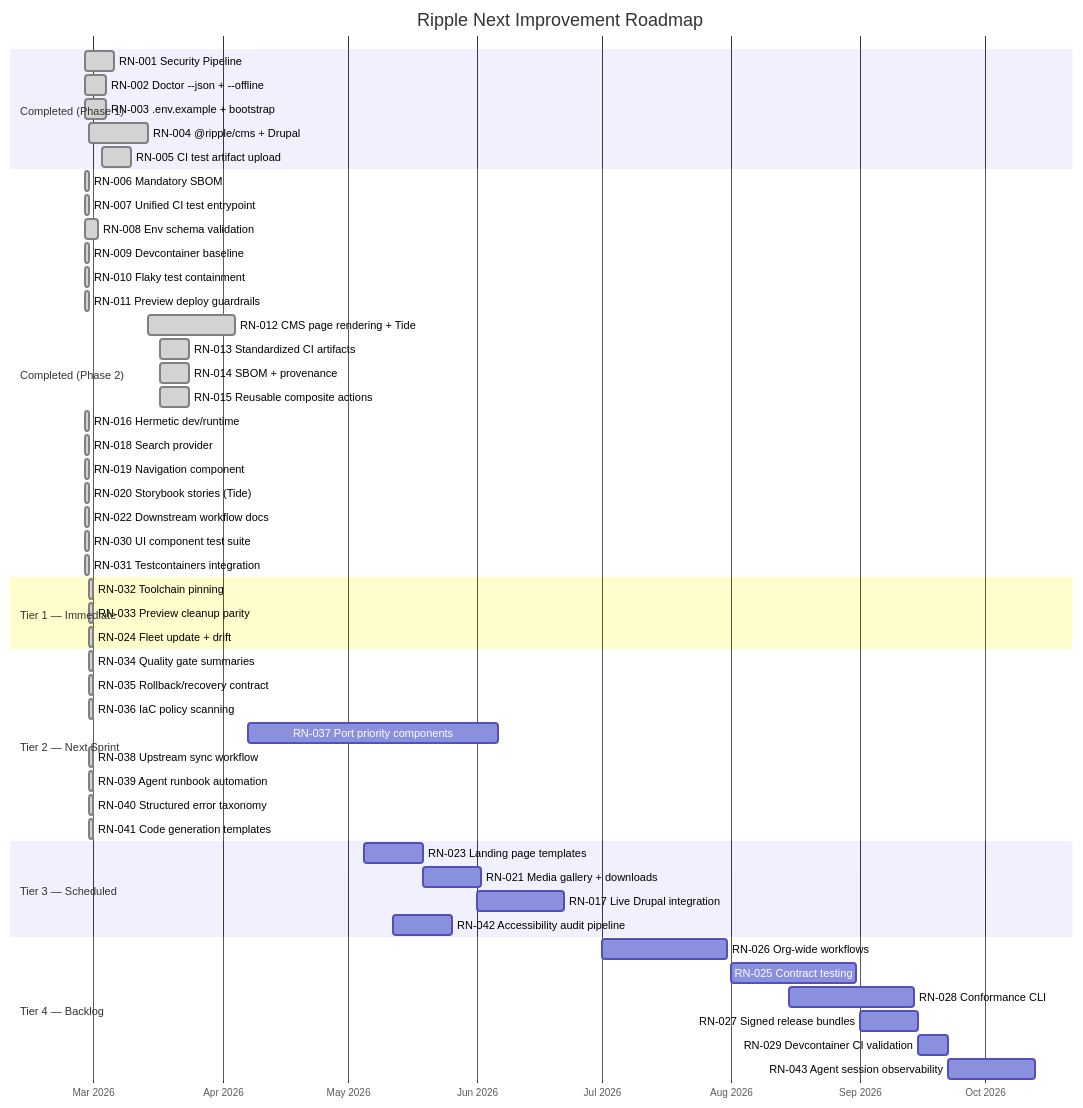
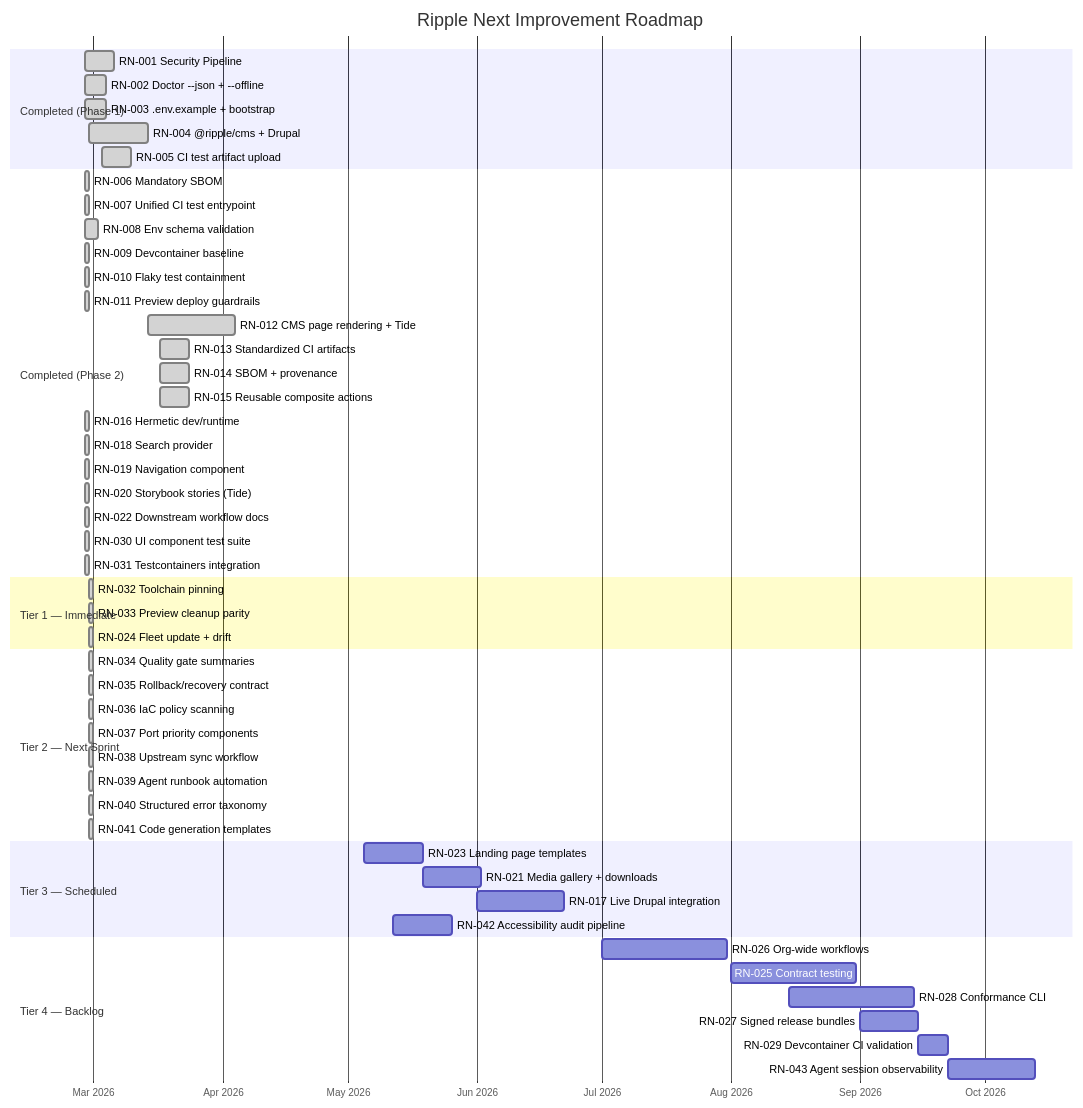
Before and after one commit to jbejenar/ripple-next: the second of 6 diagrams in docs/product-roadmap/README.md, drawn with Mermaid. The commit also changed other lines of this file and 17 other files, not shown here.

First line of the commit message:
feat(ui): port P5 data display components — RN-037 complete

````diff
--- a/docs/product-roadmap/README.md
+++ b/docs/product-roadmap/README.md
@@ -596,61 +599,61 @@
 ```mermaid
 gantt
     title Ripple Next Improvement Roadmap
     dateFormat YYYY-MM-DD
     axisFormat %b %Y
 
     section Completed (Phase 1)
     RN-001 Security Pipeline              :done, rn001, 2026-02-27, 7d
     RN-002 Doctor --json + --offline       :done, rn002, 2026-02-27, 5d
     RN-003 .env.example + bootstrap        :done, rn003, 2026-02-27, 5d
     RN-004 @ripple/cms + Drupal            :done, rn004, 2026-02-28, 14d
     RN-005 CI test artifact upload         :done, rn005, 2026-03-03, 7d
 
     section Completed (Phase 2)
     RN-006 Mandatory SBOM                  :done, rn006, 2026-02-27, 1d
     RN-007 Unified CI test entrypoint      :done, rn007, 2026-02-27, 1d
     RN-008 Env schema validation           :done, rn008, 2026-02-27, 3d
     RN-009 Devcontainer baseline           :done, rn009, 2026-02-27, 1d
     RN-010 Flaky test containment          :done, rn010, 2026-02-27, 1d
     RN-011 Preview deploy guardrails       :done, rn011, 2026-02-27, 1d
     RN-012 CMS page rendering + Tide       :done, rn012, 2026-03-14, 21d
     RN-013 Standardized CI artifacts       :done, rn013, 2026-03-17, 7d
     RN-014 SBOM + provenance               :done, rn014, 2026-03-17, 7d
     RN-015 Reusable composite actions      :done, rn015, 2026-03-17, 7d
     RN-016 Hermetic dev/runtime            :done, rn016, 2026-02-27, 1d
     RN-018 Search provider                 :done, rn018, 2026-02-27, 1d
     RN-019 Navigation component            :done, rn019, 2026-02-27, 1d
     RN-020 Storybook stories (Tide)        :done, rn020, 2026-02-27, 1d
     RN-022 Downstream workflow docs        :done, rn022, 2026-02-27, 1d
     RN-030 UI component test suite         :done, rn030, 2026-02-27, 1d
     RN-031 Testcontainers integration      :done, rn031, 2026-02-27, 1d
 
     section Tier 1 — Immediate
     RN-032 Toolchain pinning               :done, rn032, 2026-02-28, 1d
     RN-033 Preview cleanup parity          :done, rn033, 2026-02-28, 1d
     RN-024 Fleet update + drift            :done, rn024, 2026-02-28, 1d
 
     section Tier 2 — Next Sprint
     RN-034 Quality gate summaries          :done, rn034, 2026-02-28, 1d
     RN-035 Rollback/recovery contract      :done, rn035, 2026-02-28, 1d
     RN-036 IaC policy scanning             :done, rn036, 2026-02-28, 1d
-    RN-037 Port priority components        :rn037, 2026-04-07, 60d
+    RN-037 Port priority components        :done, rn037, 2026-02-28, 1d
     RN-038 Upstream sync workflow          :done, rn038, 2026-02-28, 1d
     RN-039 Agent runbook automation        :done, rn039, 2026-02-28, 1d
     RN-040 Structured error taxonomy       :done, rn040, 2026-02-28, 1d
     RN-041 Code generation templates       :done, rn041, 2026-02-28, 1d
 
     section Tier 3 — Scheduled
     RN-023 Landing page templates          :rn023, 2026-05-05, 14d
     RN-021 Media gallery + downloads       :rn021, 2026-05-19, 14d
     RN-017 Live Drupal integration         :rn017, 2026-06-01, 21d
     RN-042 Accessibility audit pipeline    :rn042, 2026-05-12, 14d
 
     section Tier 4 — Backlog
     RN-026 Org-wide workflows              :rn026, 2026-07-01, 30d
     RN-025 Contract testing                :rn025, 2026-08-01, 30d
     RN-028 Conformance CLI                 :rn028, 2026-08-15, 30d
     RN-027 Signed release bundles          :rn027, 2026-09-01, 14d
     RN-029 Devcontainer CI validation      :rn029, 2026-09-15, 7d
     RN-043 Agent session observability     :rn043, 2026-09-22, 21d
 ```
````
